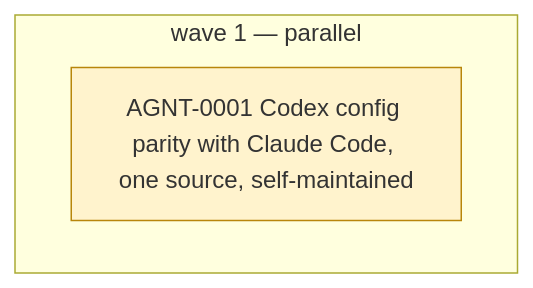
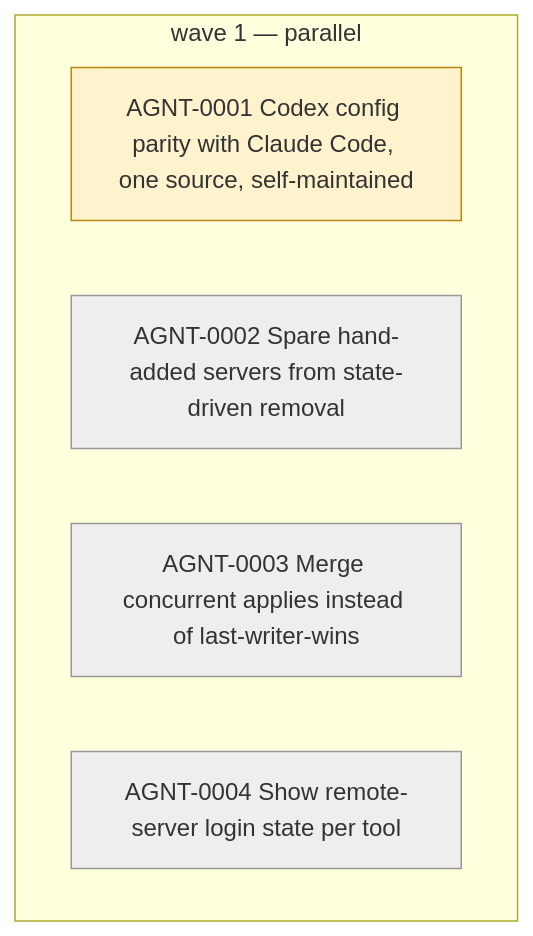
Before and after one commit to OwaisQuadri/agents: the diagram in .map/roadmap.mmd, drawn with Mermaid. The commit also changed 1 other file, not shown here.

Commit message:
map(AGNT-0001): phase 22 tickets

```diff
--- a/.map/roadmap.mmd
+++ b/.map/roadmap.mmd
@@ -1,9 +1,12 @@
 flowchart TD
   classDef todo fill:#eeeeee,stroke:#999999
   classDef inprogress fill:#fff3cd,stroke:#b8860b
   classDef resolved fill:#cce5ff,stroke:#004085
   classDef done fill:#d4edda,stroke:#155724
   classDef cancelled fill:#f8d7da,stroke:#721c24,stroke-dasharray: 5 5
   subgraph wave1 ["wave 1 — parallel"]
     AGNT_0001["AGNT-0001 Codex config parity with Claude Code, one source, self-maintained"]:::inprogress
+    AGNT_0002["AGNT-0002 Spare hand-added servers from state-driven removal"]:::todo
+    AGNT_0003["AGNT-0003 Merge concurrent applies instead of last-writer-wins"]:::todo
+    AGNT_0004["AGNT-0004 Show remote-server login state per tool"]:::todo
   end
```
